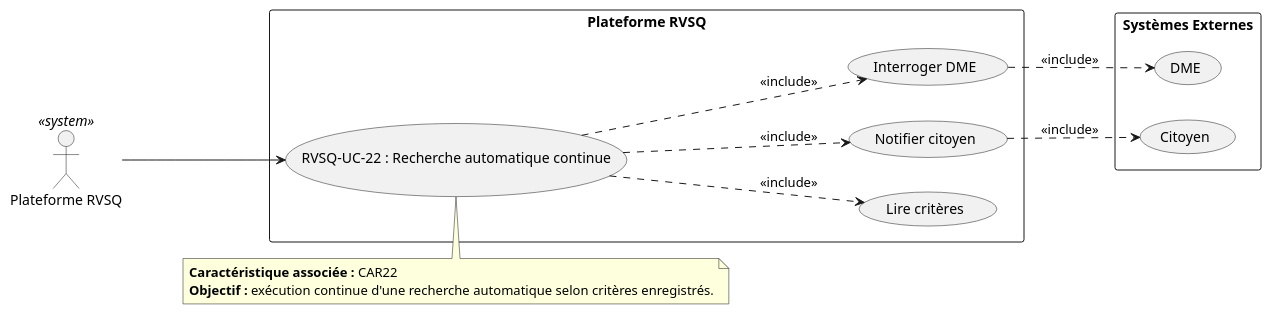
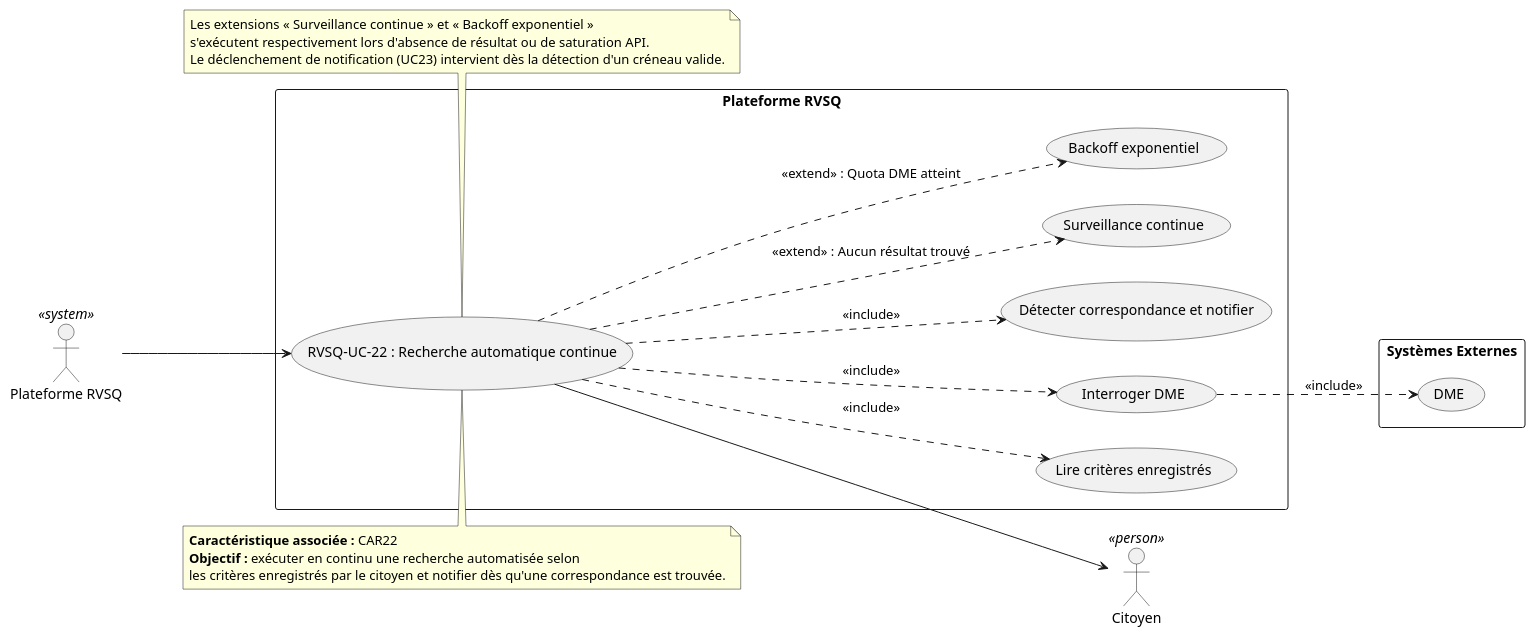
Before and after one commit to serghino/use-cases-RVSQ: the diagram in RVSQ-UC-22_Recherche_Automatique_Continue.puml, drawn with PlantUML. The commit also changed 23 other files, not shown here.

Commit message:
fix(B04,B06,B09): fix .md structure and add excludes when applicable to the diagrams

```diff
--- a/RVSQ-UC-22_Recherche_Automatique_Continue.puml
+++ b/RVSQ-UC-22_Recherche_Automatique_Continue.puml
@@ -1,29 +1,44 @@
 @startuml RVSQ-UC-22_Recherche_Automatique_Continue
 left to right direction
 
+' --- Acteurs
 actor "Plateforme RVSQ" as RVSQActor <<system>>
+actor "Citoyen" as Citoyen <<person>>
 
 rectangle "Plateforme RVSQ" {
   usecase "RVSQ-UC-22 : Recherche automatique continue" as UC22
-  usecase "Lire critères" as UC22_A
+  usecase "Lire critères enregistrés" as UC22_A
   usecase "Interroger DME" as UC22_B
-  usecase "Notifier citoyen" as UC22_C
+  usecase "Détecter correspondance et notifier" as UC22_C
+  usecase "Surveillance continue" as UC22_D
+  usecase "Backoff exponentiel" as UC22_E
 }
 
 rectangle "Systèmes Externes" {
   usecase "DME" as DME
-  usecase "Citoyen" as Citoyen
 }
 
+' --- Relations principales
 RVSQActor --> UC22
 UC22 ..> UC22_A : <<include>>
 UC22 ..> UC22_B : <<include>>
 UC22 ..> UC22_C : <<include>>
 UC22_B ..> DME : <<include>>
-UC22_C ..> Citoyen : <<include>>
+UC22 --> Citoyen
+
+' --- Extensions conditionnelles
+UC22 ..> UC22_D : <<extend>> : Aucun résultat trouvé
+UC22 ..> UC22_E : <<extend>> : Quota DME atteint
 
 note top of UC22
   **Caractéristique associée :** CAR22
-  **Objectif :** exécution continue d'une recherche automatique selon critères enregistrés.
+  **Objectif :** exécuter en continu une recherche automatisée selon
+  les critères enregistrés par le citoyen et notifier dès qu'une correspondance est trouvée.
+end note
+
+note bottom of UC22
+  Les extensions « Surveillance continue » et « Backoff exponentiel »
+  s'exécutent respectivement lors d'absence de résultat ou de saturation API.
+  Le déclenchement de notification (UC23) intervient dès la détection d'un créneau valide.
 end note
 @enduml
```
